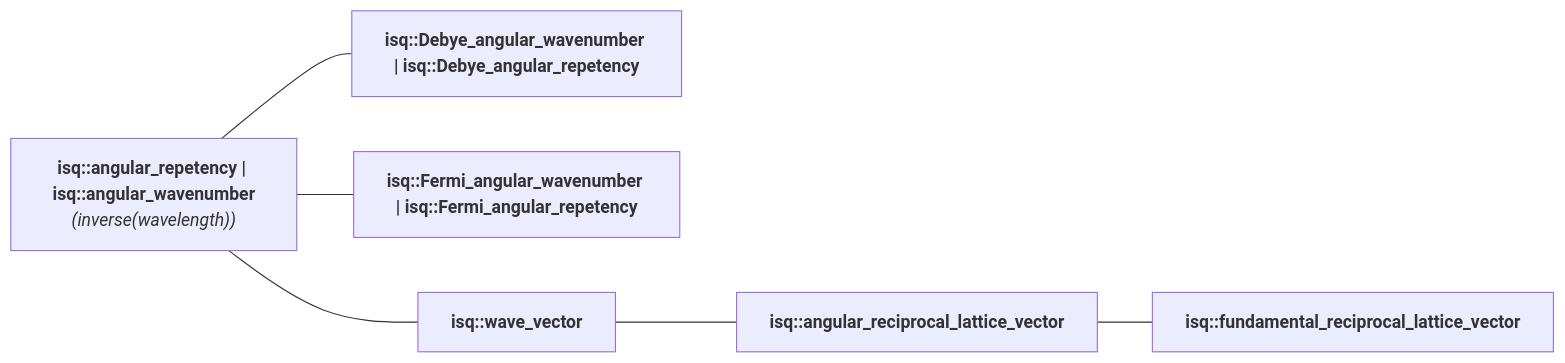
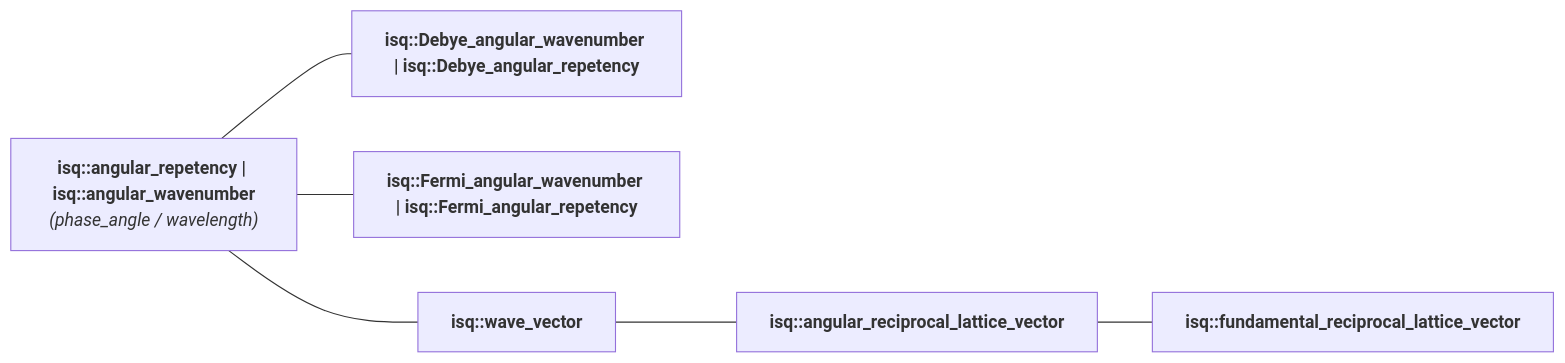
Before and after one commit to mpusz/mp-units: the diagram in docs/reference/systems_reference/hierarchies/angular_repetency_isq.md, drawn with Mermaid. The commit also changed 83 other files, not shown here.

````diff
--- a/docs/reference/systems_reference/hierarchies/angular_repetency_isq.md
+++ b/docs/reference/systems_reference/hierarchies/angular_repetency_isq.md
@@ -8,14 +8,14 @@
 ```mermaid
 flowchart LR
-    isq_angular_repetency["<b><a href="../../systems/isq/#angular_repetency" style="color: var(--md-mermaid-label-fg-color); text-decoration: none;">isq::angular_repetency</a> | <a href="../../systems/isq/#angular_wavenumber" style="color: var(--md-mermaid-label-fg-color); text-decoration: none;">isq::angular_wavenumber</a></b><br><i>(inverse(<a href="../../systems/isq/#wavelength" style="color: var(--md-mermaid-label-fg-color); text-decoration: none;">wavelength</a>))</i>"]
+    isq_angular_repetency["<b><a href="../../systems/isq/#angular_repetency" style="color: var(--md-mermaid-label-fg-color); text-decoration: none;">isq::angular_repetency</a> | <a href="../../systems/isq/#angular_wavenumber" style="color: var(--md-mermaid-label-fg-color); text-decoration: none;">isq::angular_wavenumber</a></b><br><i>(<a href="../../systems/isq/#phase_angle" style="color: var(--md-mermaid-label-fg-color); text-decoration: none;">phase_angle</a> / <a href="../../systems/isq/#wavelength" style="color: var(--md-mermaid-label-fg-color); text-decoration: none;">wavelength</a>)</i>"]
     isq_Debye_angular_wavenumber["<b><a href="../../systems/isq/#Debye_angular_wavenumber" style="color: var(--md-mermaid-label-fg-color); text-decoration: none;">isq::Debye_angular_wavenumber</a> | <a href="../../systems/isq/#Debye_angular_repetency" style="color: var(--md-mermaid-label-fg-color); text-decoration: none;">isq::Debye_angular_repetency</a></b>"]
     isq_angular_repetency --- isq_Debye_angular_wavenumber
     isq_Fermi_angular_wavenumber["<b><a href="../../systems/isq/#Fermi_angular_wavenumber" style="color: var(--md-mermaid-label-fg-color); text-decoration: none;">isq::Fermi_angular_wavenumber</a> | <a href="../../systems/isq/#Fermi_angular_repetency" style="color: var(--md-mermaid-label-fg-color); text-decoration: none;">isq::Fermi_angular_repetency</a></b>"]
     isq_angular_repetency --- isq_Fermi_angular_wavenumber
     isq_wave_vector["<b><a href="../../systems/isq/#wave_vector" style="color: var(--md-mermaid-label-fg-color); text-decoration: none;">isq::wave_vector</a></b>"]
     isq_angular_repetency --- isq_wave_vector
     isq_angular_reciprocal_lattice_vector["<b><a href="../../systems/isq/#angular_reciprocal_lattice_vector" style="color: var(--md-mermaid-label-fg-color); text-decoration: none;">isq::angular_reciprocal_lattice_vector</a></b>"]
     isq_wave_vector --- isq_angular_reciprocal_lattice_vector
     isq_fundamental_reciprocal_lattice_vector["<b><a href="../../systems/isq/#fundamental_reciprocal_lattice_vector" style="color: var(--md-mermaid-label-fg-color); text-decoration: none;">isq::fundamental_reciprocal_lattice_vector</a></b>"]
     isq_angular_reciprocal_lattice_vector --- isq_fundamental_reciprocal_lattice_vector
 ```
````
